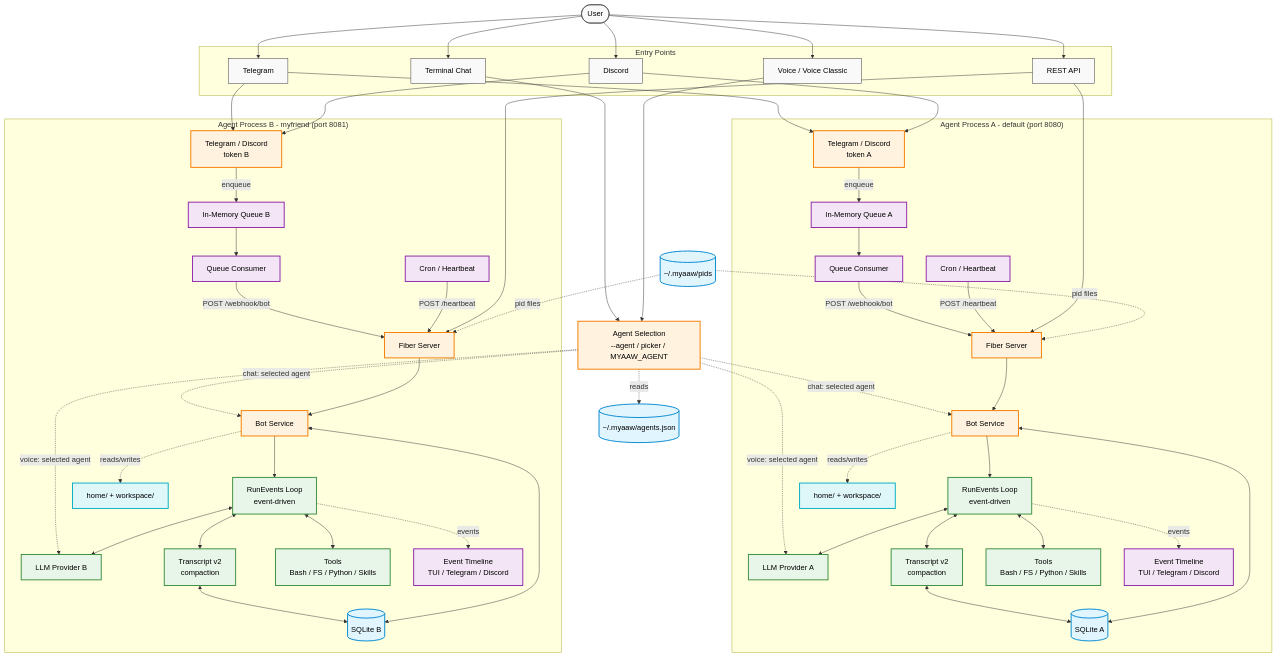
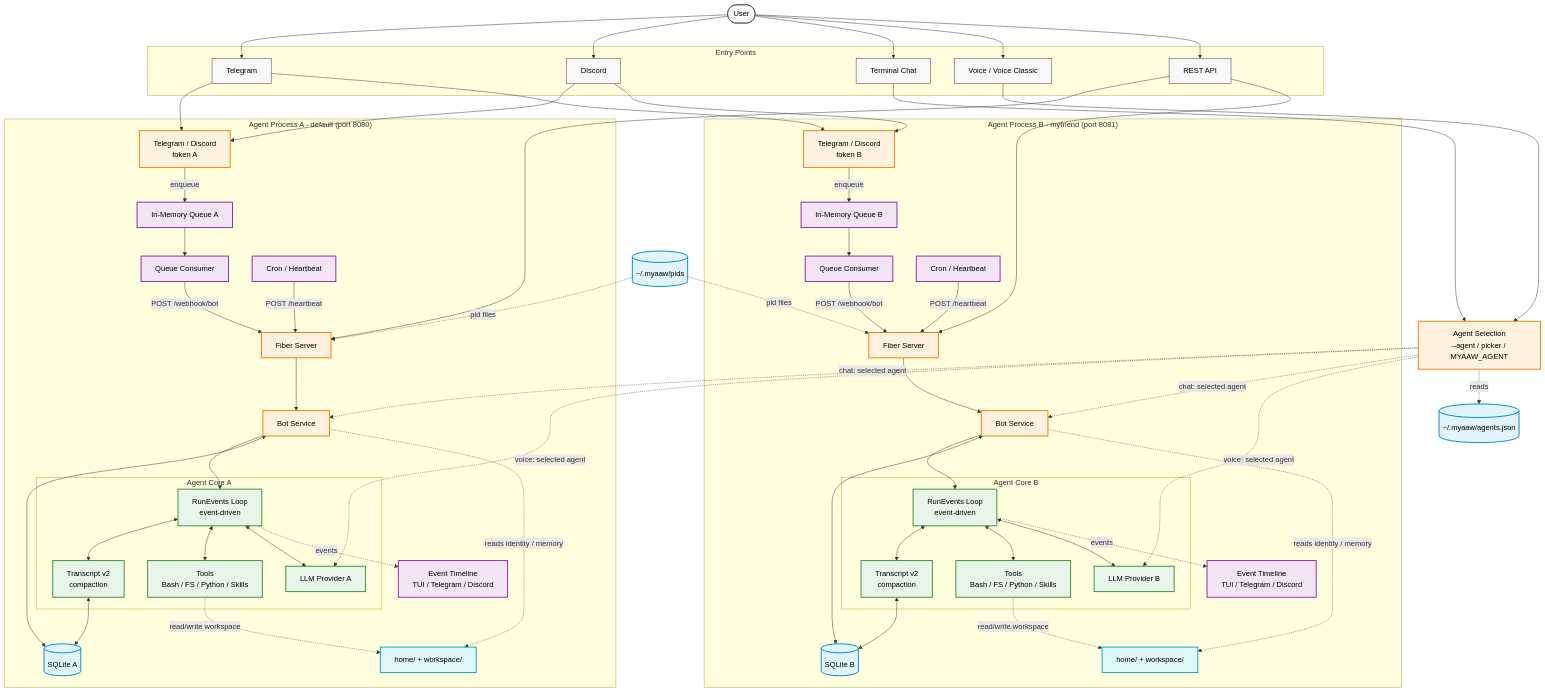
The diagram in README.md (Shiyinq/myaaw), drawn with Mermaid before and after one commit. The commit also changed other lines of this file, not shown here.

Commit message:
docs: separate agent core and fix home access edges in diagram

```diff
--- a/README.md
+++ b/README.md
@@ -92,16 +92,19 @@
         CH_A[Telegram / Discord<br/>token A]
         SRV_A[Fiber Server]
         BOT_A[Bot Service]
-        LOOP_A[RunEvents Loop<br/>event-driven]
-        TRANS_A[Transcript v2<br/>compaction]
-        TOOL_A[Tools<br/>Bash / FS / Python / Skills]
-        PROV_A[LLM Provider A]
         DB_A[(SQLite A)]
         HOME_A[home/ + workspace/]
         QUEUE_A[In-Memory Queue A]
         CONSUMER_A[Queue Consumer]
         CRON_A[Cron / Heartbeat]
         UI_A[Event Timeline<br/>TUI / Telegram / Discord]
+
+        subgraph "Agent Core A"
+            LOOP_A[RunEvents Loop<br/>event-driven]
+            TRANS_A[Transcript v2<br/>compaction]
+            TOOL_A[Tools<br/>Bash / FS / Python / Skills]
+            PROV_A[LLM Provider A]
+        end
 
         CH_A -- "enqueue" --> QUEUE_A
         QUEUE_A --> CONSUMER_A
@@ -114,7 +117,8 @@
         LOOP_A <--> TOOL_A
         LOOP_A <--> PROV_A
         BOT_A <--> DB_A
-        BOT_A -. "reads/writes" .-> HOME_A
+        BOT_A -. "reads identity / memory" .-> HOME_A
+        TOOL_A -. "read/write workspace" .-> HOME_A
         LOOP_A -. "events" .-> UI_A
     end
 
@@ -122,16 +126,19 @@
         CH_B[Telegram / Discord<br/>token B]
         SRV_B[Fiber Server]
         BOT_B[Bot Service]
-        LOOP_B[RunEvents Loop<br/>event-driven]
-        TRANS_B[Transcript v2<br/>compaction]
-        TOOL_B[Tools<br/>Bash / FS / Python / Skills]
-        PROV_B[LLM Provider B]
         DB_B[(SQLite B)]
         HOME_B[home/ + workspace/]
         QUEUE_B[In-Memory Queue B]
         CONSUMER_B[Queue Consumer]
         CRON_B[Cron / Heartbeat]
         UI_B[Event Timeline<br/>TUI / Telegram / Discord]
+
+        subgraph "Agent Core B"
+            LOOP_B[RunEvents Loop<br/>event-driven]
+            TRANS_B[Transcript v2<br/>compaction]
+            TOOL_B[Tools<br/>Bash / FS / Python / Skills]
+            PROV_B[LLM Provider B]
+        end
 
         CH_B -- "enqueue" --> QUEUE_B
         QUEUE_B --> CONSUMER_B
@@ -144,7 +151,8 @@
         LOOP_B <--> TOOL_B
         LOOP_B <--> PROV_B
         BOT_B <--> DB_B
-        BOT_B -. "reads/writes" .-> HOME_B
+        BOT_B -. "reads identity / memory" .-> HOME_B
+        TOOL_B -. "read/write workspace" .-> HOME_B
         LOOP_B -. "events" .-> UI_B
     end
 
```
